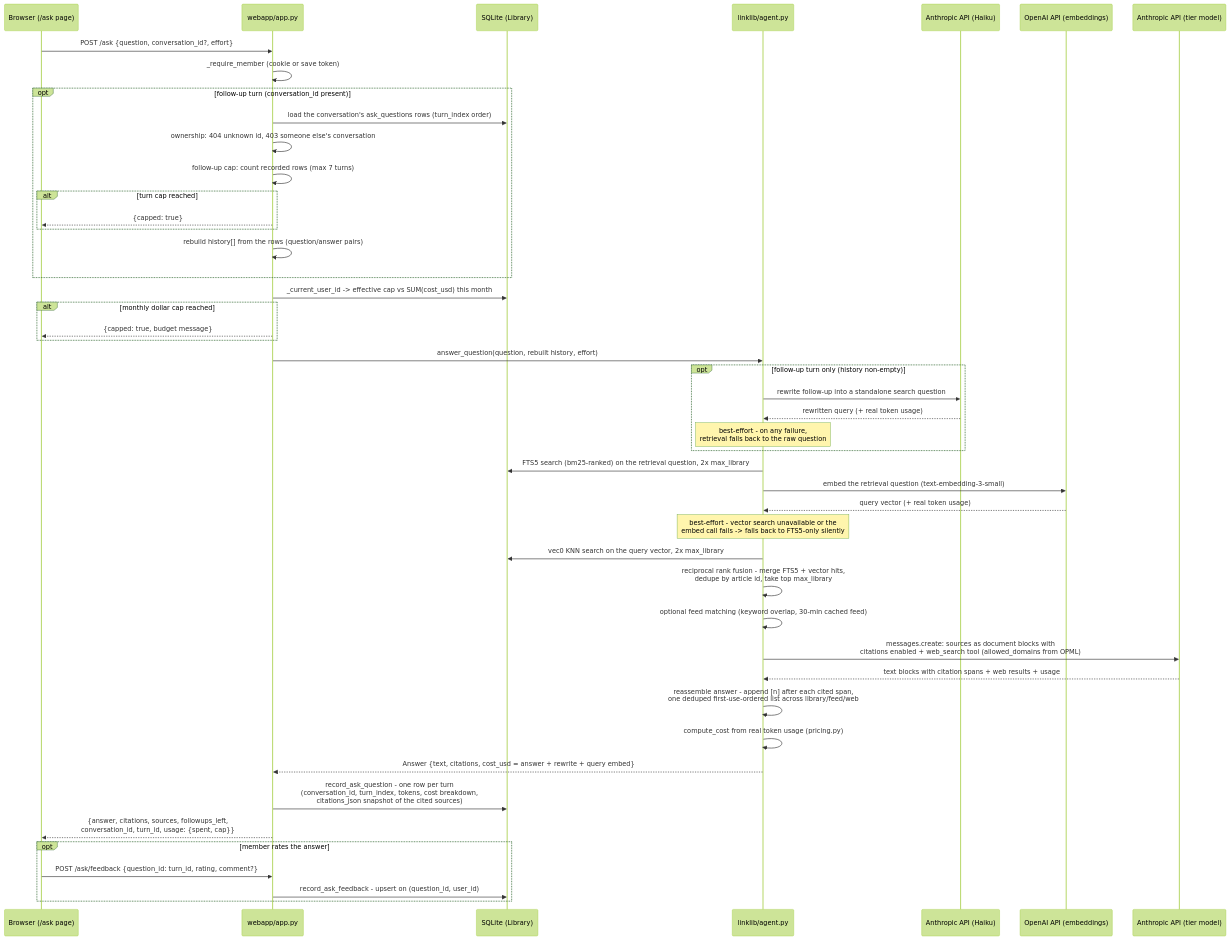
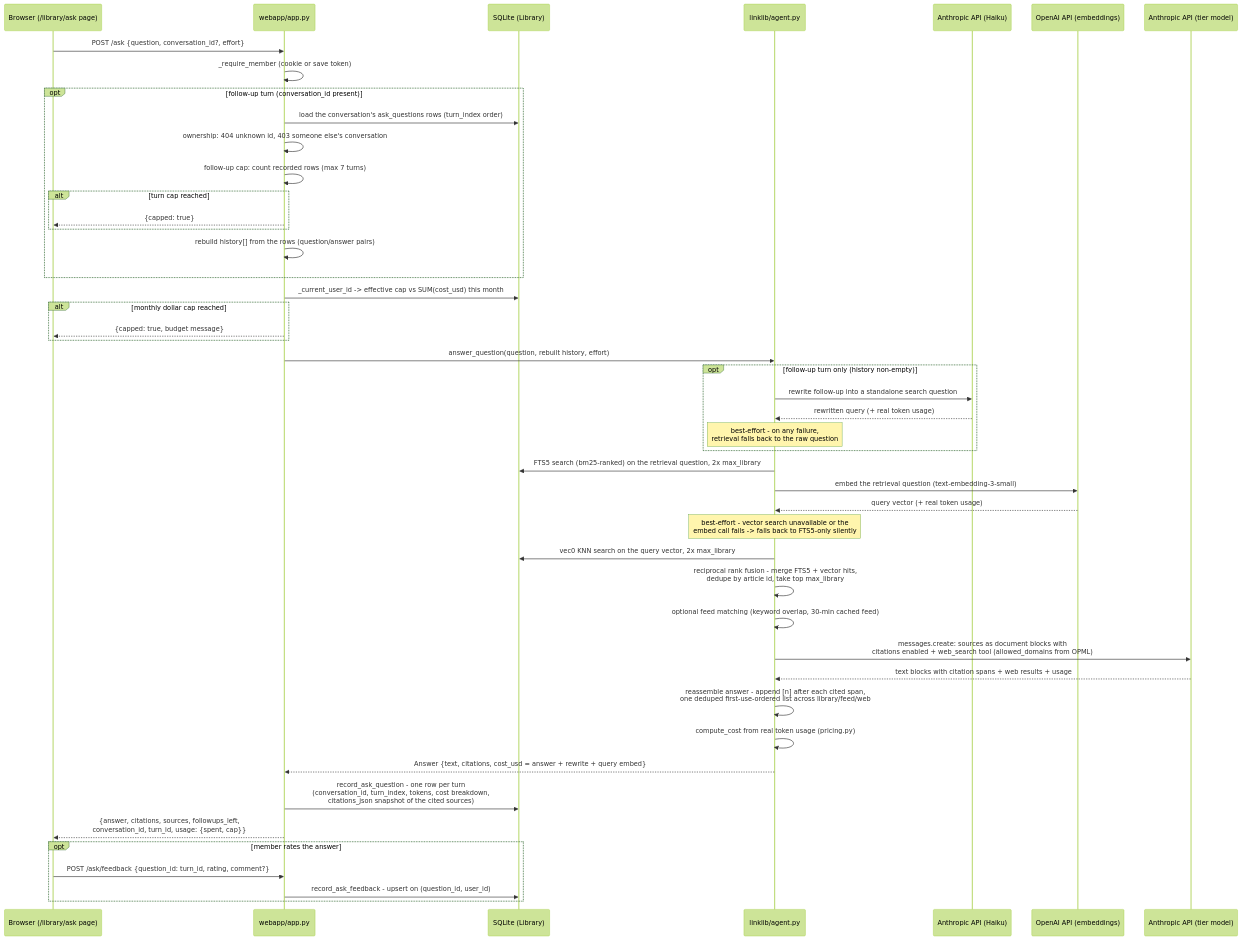
One commit to bmweis/cfo-navigator changed the third of 3 diagrams in ARCHITECTURE.md. Above: the diagram before and after it, drawn with Mermaid (forest theme). The commit also changed other lines of this file and 7 other files, not shown here.

First line of the commit message:
Nest Library subpages under /library/*, group landing page, add back links

````diff
--- a/ARCHITECTURE.md
+++ b/ARCHITECTURE.md
@@ -260,50 +260,50 @@
 ```mermaid
 sequenceDiagram
-    participant B as Browser (/ask page)
+    participant B as Browser (/library/ask page)
     participant W as webapp/app.py
     participant DB as SQLite (Library)
     participant AG as linklib/agent.py
     participant H as Anthropic API (Haiku)
     participant O as OpenAI API (embeddings)
     participant C as Anthropic API (tier model)
 
     B->>W: POST /ask {question, conversation_id?, effort}
     W->>W: _require_member (cookie or save token)
     opt follow-up turn (conversation_id present)
         W->>DB: load the conversation's ask_questions rows (turn_index order)
         W->>W: ownership: 404 unknown id, 403 someone else's conversation
         W->>W: follow-up cap: count recorded rows (max 7 turns)
         alt turn cap reached
             W-->>B: {capped: true}
         end
         W->>W: rebuild history[] from the rows (question/answer pairs)
     end
     W->>DB: _current_user_id -> effective cap vs SUM(cost_usd) this month
     alt monthly dollar cap reached
         W-->>B: {capped: true, budget message}
     end
     W->>AG: answer_question(question, rebuilt history, effort)
     opt follow-up turn only (history non-empty)
         AG->>H: rewrite follow-up into a standalone search question
         H-->>AG: rewritten query (+ real token usage)
         Note over AG: best-effort - on any failure,<br/>retrieval falls back to the raw question
     end
     AG->>DB: FTS5 search (bm25-ranked) on the retrieval question, 2x max_library
     AG->>O: embed the retrieval question (text-embedding-3-small)
     O-->>AG: query vector (+ real token usage)
     Note over AG: best-effort - vector search unavailable or the<br/>embed call fails -> falls back to FTS5-only silently
     AG->>DB: vec0 KNN search on the query vector, 2x max_library
     AG->>AG: reciprocal rank fusion - merge FTS5 + vector hits,<br/>dedupe by article id, take top max_library
     AG->>AG: optional feed matching (keyword overlap, 30-min cached feed)
     AG->>C: messages.create: sources as document blocks with<br/>citations enabled + web_search tool (allowed_domains from OPML)
     C-->>AG: text blocks with citation spans + web results + usage
     AG->>AG: reassemble answer - append [n] after each cited span,<br/>one deduped first-use-ordered list across library/feed/web
     AG->>AG: compute_cost from real token usage (pricing.py)
     AG-->>W: Answer {text, citations, cost_usd = answer + rewrite + query embed}
     W->>DB: record_ask_question - one row per turn<br/>(conversation_id, turn_index, tokens, cost breakdown,<br/>citations_json snapshot of the cited sources)
     W-->>B: {answer, citations, sources, followups_left,<br/>conversation_id, turn_id, usage: {spent, cap}}
     opt member rates the answer
         B->>W: POST /ask/feedback {question_id: turn_id, rating, comment?}
         W->>DB: record_ask_feedback - upsert on (question_id, user_id)
     end
 ```
````
